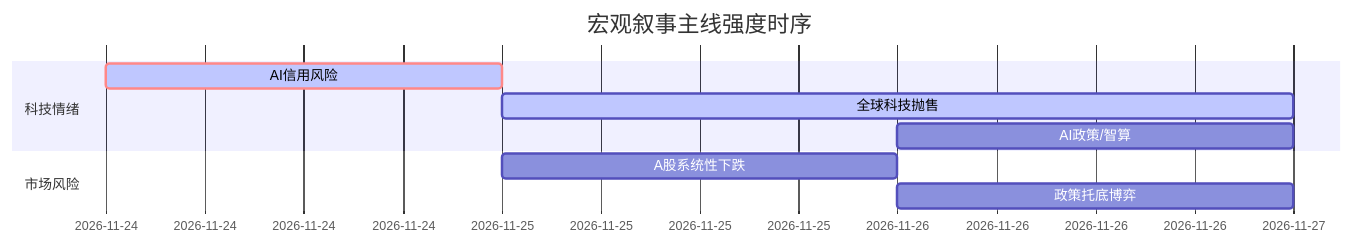
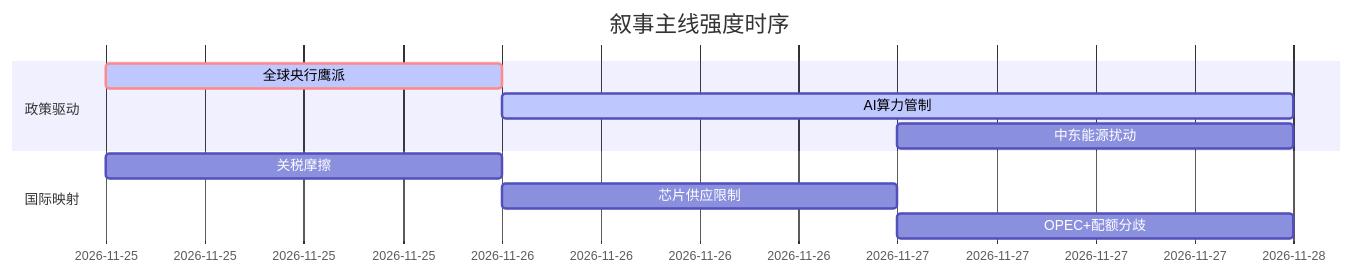
The diagram in 5day_report.md (uu5zn/uu5zn.github.io), drawn with Mermaid before and after one commit. The commit also changed other lines of this file and 24 other files, not shown here.

````diff
--- a/5day_report.md
+++ b/5day_report.md
@@ -54,13 +54,14 @@
 ```mermaid
 gantt
-    title 宏观叙事主线强度时序
+    title 叙事主线强度时序
     dateFormat  YYYY-MM-DD
-    section 科技情绪
-    AI信用风险   :crit, active, 2026-11-24, 1d
-    全球科技抛售   :active, 2026-11-25, 2d
-    AI政策/智算   :2026-11-26, 1d
+    section 政策驱动
+    全球央行鹰派   :crit, active, 2026-11-25, 1d
+    AI算力管制   :active, 2026-11-26, 2d
+    中东能源扰动   :2026-11-27, 1d
     
-    section 市场风险
-    A股系统性下跌   :2026-11-25, 1d
-    政策托底博弈   :2026-11-26, 1d
+    section 国际映射
+    关税摩擦   :2026-11-25, 1d
+    芯片供应限制   :2026-11-26, 1d
+    OPEC+配额分歧   :2026-11-27, 1d
 ```
````
